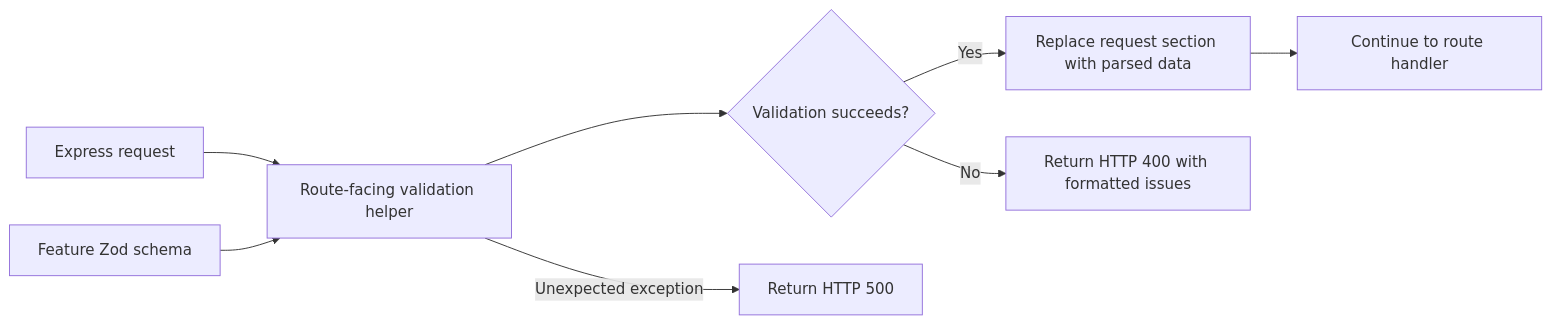
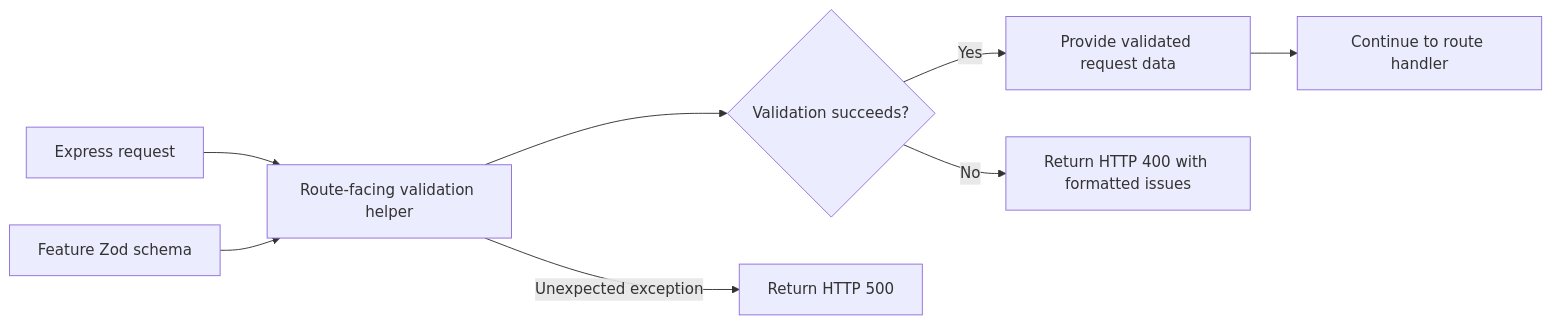
The diagram in docs/implementation/request-validation/README.md (globe-and-citizen/cnc-portal), drawn with Mermaid before and after one commit. The commit also changed other lines of this file and 14 other files, not shown here.

````diff
--- a/docs/implementation/request-validation/README.md
+++ b/docs/implementation/request-validation/README.md
@@ -36,10 +36,10 @@
 ```mermaid
 flowchart LR
   request[Express request] --> helper[Route-facing validation helper]
   schema[Feature Zod schema] --> helper
   helper --> parse{Validation succeeds?}
-  parse -->|Yes| replace[Replace request section with parsed data]
+  parse -->|Yes| replace[Provide validated request data]
   replace --> next[Continue to route handler]
   parse -->|No| badRequest[Return HTTP 400 with formatted issues]
   helper -->|Unexpected exception| serverError[Return HTTP 500]
 ```
````
